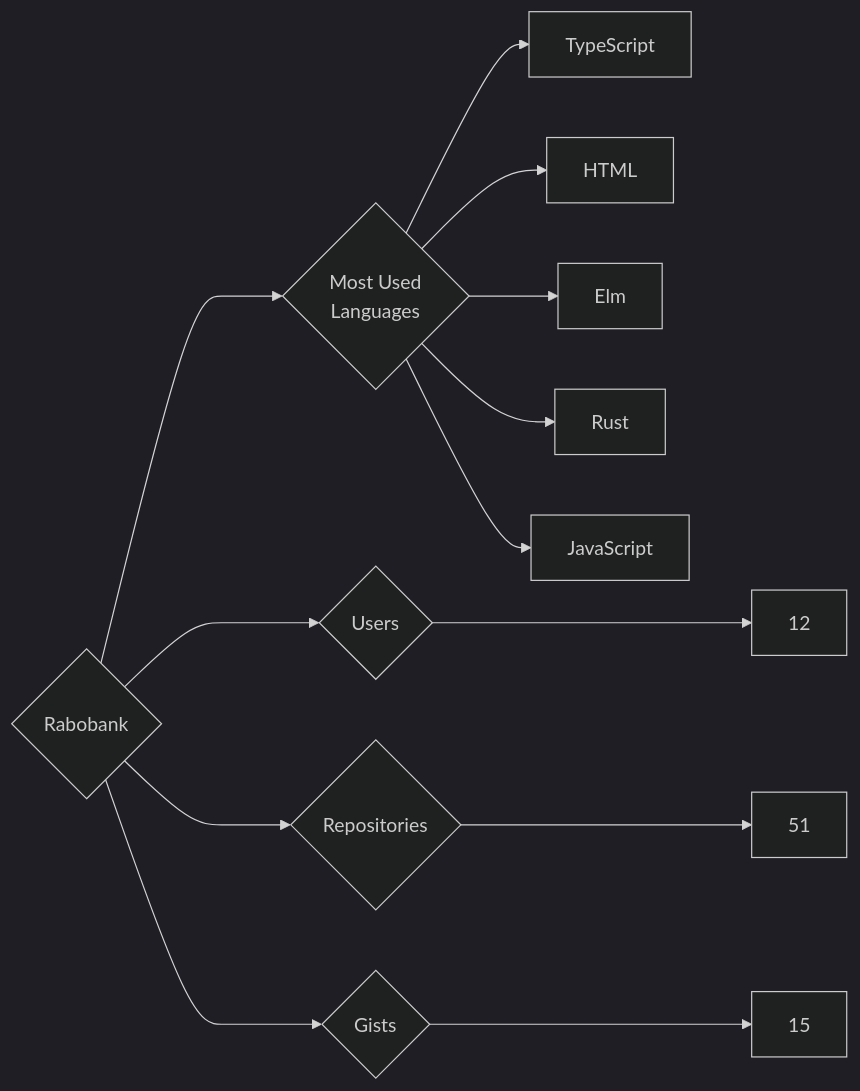
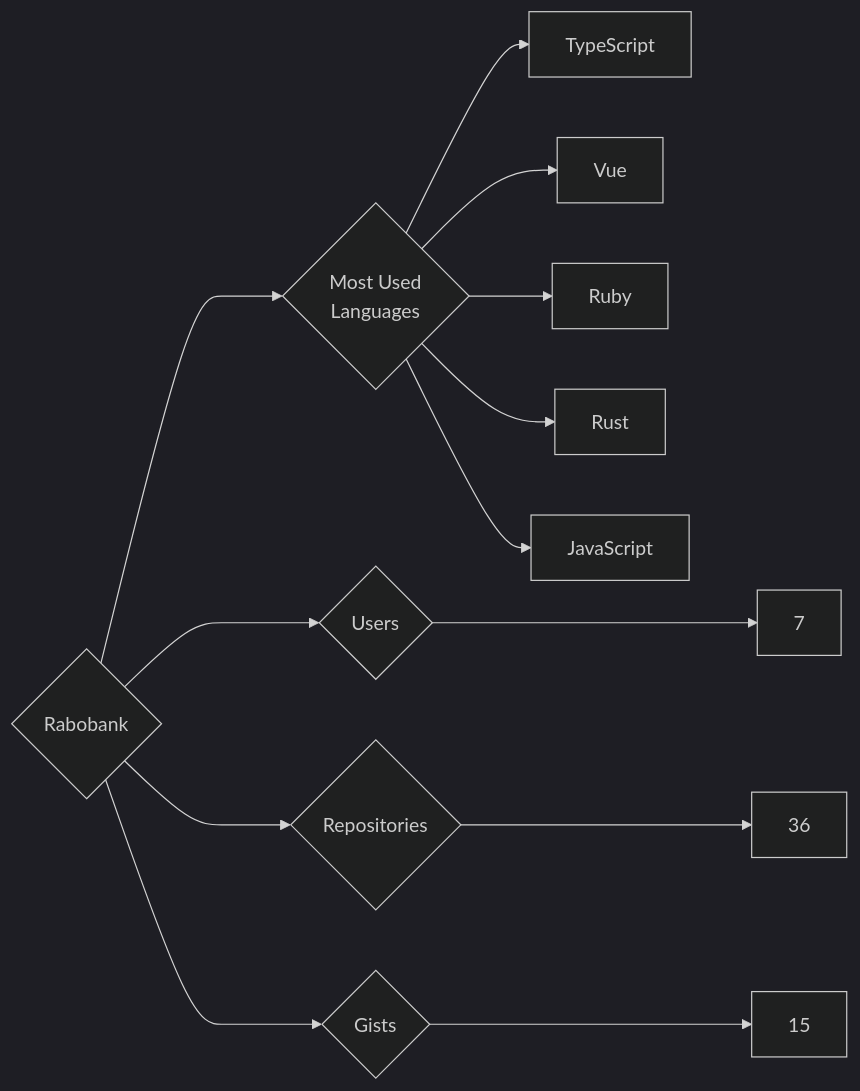
Before and after one commit to trickest/insiders: the diagram in targets/Rabobank/README.md, drawn with Mermaid (dark theme). The commit also changed 787 other files, not shown here.

````diff
--- a/targets/Rabobank/README.md
+++ b/targets/Rabobank/README.md
@@ -3,13 +3,13 @@
 ```mermaid
 graph LR
 COMPANY_NAME{Rabobank}
-COMPANY_NAME ---> U{Users} ---> UN[12]
-COMPANY_NAME ---> R{Repositories} ---> RN[51]
+COMPANY_NAME ---> U{Users} ---> UN[7]
+COMPANY_NAME ---> R{Repositories} ---> RN[36]
 COMPANY_NAME ---> G{Gists} ---> GN[15]
 COMPANY_NAME ---> ML{Most Used<br>Languages}
 ML --> TypeScript[TypeScript]
-ML --> HTML[HTML]
-ML --> Elm[Elm]
+ML --> Vue[Vue]
+ML --> Ruby[Ruby]
 ML --> Rust[Rust]
 ML --> JavaScript[JavaScript]
 ```
````
